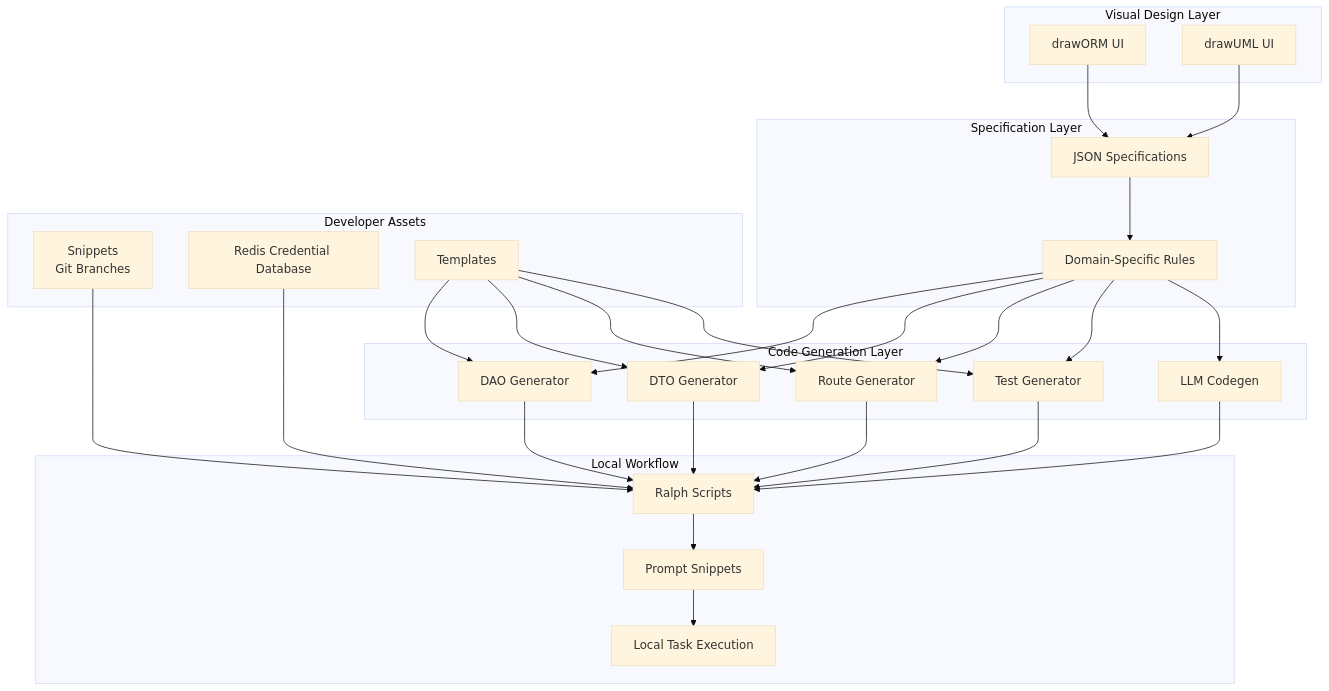
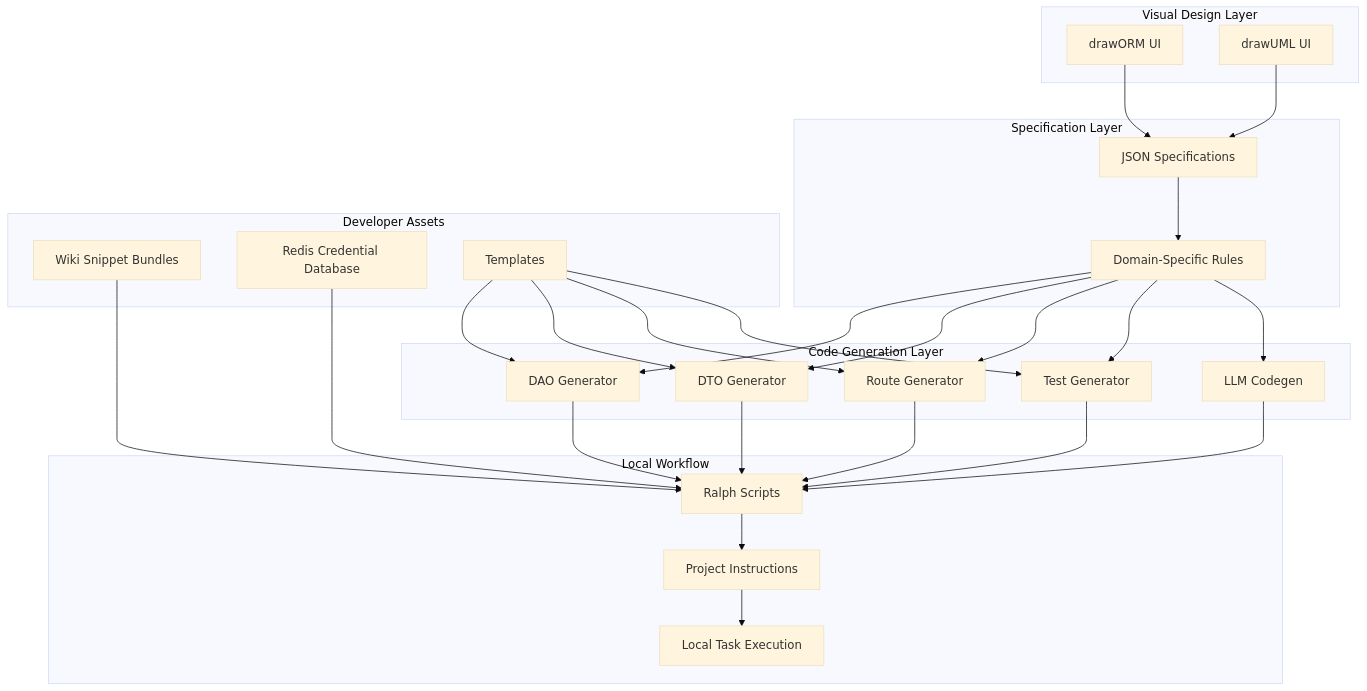
The first of 3 diagrams in README.md (kesler20/_devOS), drawn with Mermaid (base theme) before and after one commit. The commit also changed other lines of this file and 140 other files, not shown here.

````diff
--- a/README.md
+++ b/README.md
@@ -567,54 +517,54 @@
 ```mermaid
 graph TB
     subgraph "Visual Design Layer"
         A[drawORM UI]
         B[drawUML UI]
     end
 
     subgraph "Specification Layer"
         C[JSON Specifications]
         D[Domain-Specific Rules]
     end
 
     subgraph "Code Generation Layer"
         E[DAO Generator]
         F[DTO Generator]
         G[Route Generator]
         H[Test Generator]
         I[LLM Codegen]
     end
 
     subgraph "Local Workflow"
       J[Ralph Scripts]
-      K[Prompt Snippets]
+      K[Project Instructions]
       L[Local Task Execution]
     end
 
     subgraph "Developer Assets"
-        M[Snippets<br/>Git Branches]
+        M[Wiki Snippet Bundles]
         N[Redis Credential Database]
         O[Templates]
     end
 
     A --> C
     B --> C
     C --> D
     D --> E
     D --> F
     D --> G
     D --> H
     D --> I
     E --> J
     F --> J
     G --> J
     H --> J
     I --> J
     J --> K
     K --> L
     M --> J
     N --> J
     O --> E
     O --> F
     O --> G
     O --> H
 ```
````
